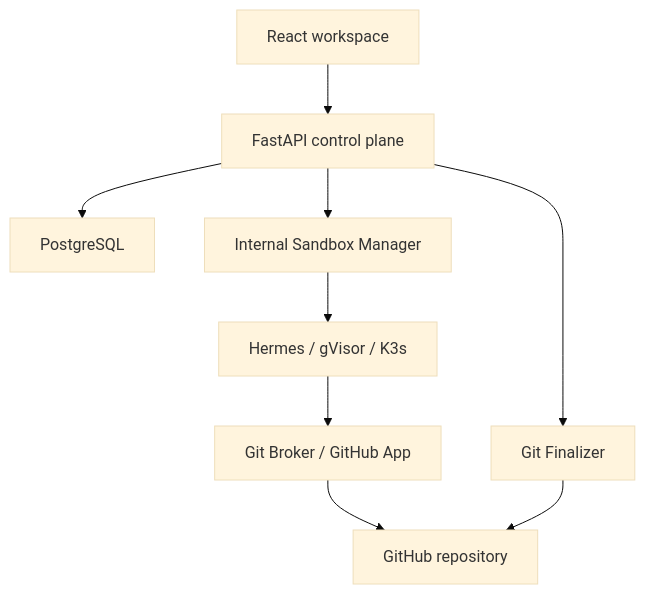
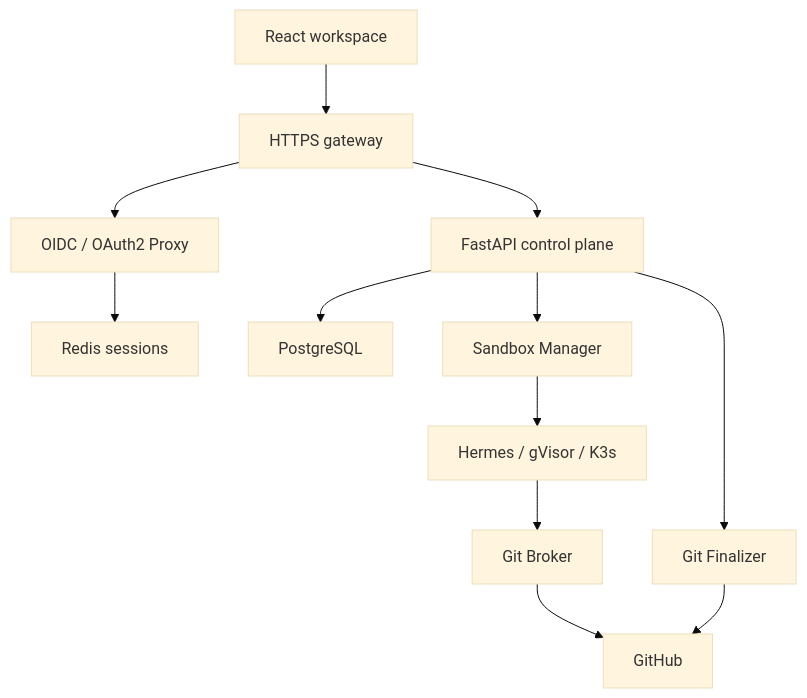
Before and after one commit to arumora-id/ai.mesthi.com: the diagram in docs/C4_ALIGNMENT.md, drawn with Mermaid (base theme). The commit also changed other lines of this file and 52 other files, not shown here.

````diff
--- a/docs/C4_ALIGNMENT.md
+++ b/docs/C4_ALIGNMENT.md
@@ -20,11 +5,14 @@
 ```mermaid
 flowchart TD
-  UI["React workspace"] --> API["FastAPI control plane"]
+  UI["React workspace"] --> GW["HTTPS gateway"]
+  GW --> AUTH["OIDC / OAuth2 Proxy"]
+  AUTH --> RS["Redis sessions"]
+  GW --> API["FastAPI control plane"]
   API --> DB["PostgreSQL"]
-  API --> SM["Internal Sandbox Manager"]
+  API --> SM["Sandbox Manager"]
   SM --> H["Hermes / gVisor / K3s"]
-  H --> GB["Git Broker / GitHub App"]
-  GB --> GH["GitHub repository"]
+  H --> GB["Git Broker"]
   API --> GF["Git Finalizer"]
+  GB --> GH["GitHub"]
   GF --> GH
 ```
````
